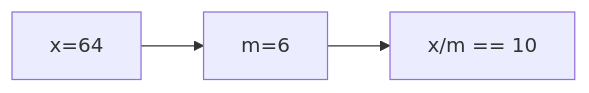
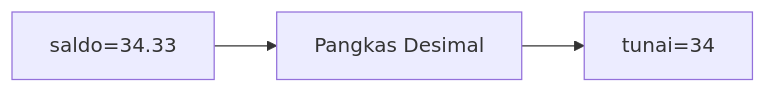
One commit to amnahwaida/OSNK_INF_PREP changed diagram 14 of 25 in part-c-pemahaman-cpp/01-tipe-data/latihan/set-12.md. Above: the diagram before and after it, drawn with Mermaid. The commit also changed other lines of this file and 71 other files, not shown here.

````diff
--- a/part-c-pemahaman-cpp/01-tipe-data/latihan/set-12.md
+++ b/part-c-pemahaman-cpp/01-tipe-data/latihan/set-12.md
@@ -375,5 +392,5 @@
 ```mermaid
 graph LR
-A["x=64"] --> B["m=6"]
-B --> C["x/m == 10"]
+A["saldo=34.33"] --> B["Pangkas Desimal"]
+B --> C["tunai=34"]
 ```
````
